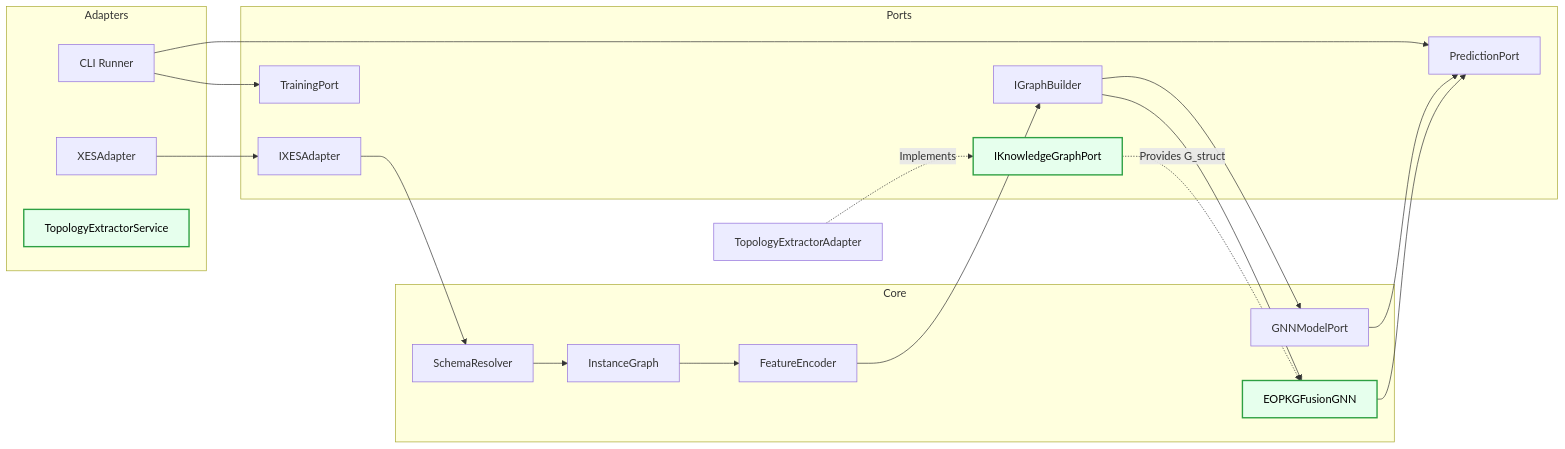
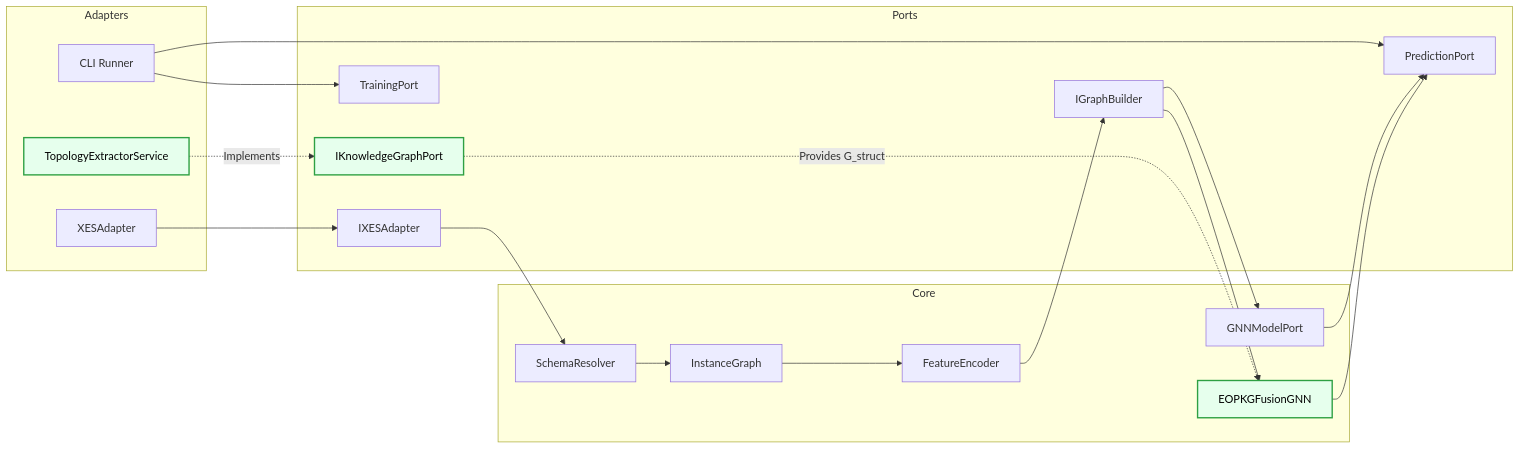
One commit to ghsrg/bpm_prediction changed the second of 5 diagrams in docs/ARCHITECTURE_MVP2.MD. Above: the diagram before and after it, drawn with Mermaid. The commit also changed other lines of this file, not shown here.

````diff
--- a/docs/ARCHITECTURE_MVP2.MD
+++ b/docs/ARCHITECTURE_MVP2.MD
@@ -90,44 +90,44 @@
 ```mermaid
 flowchart LR
     classDef mvp2 fill:#e6ffed,stroke:#2ea043,stroke-width:2px,color:#000;
 
     subgraph Core
         Resolver[SchemaResolver]
         Graph[InstanceGraph]
         Encoder[FeatureEncoder]
         Model[GNNModelPort]
         FusionModel[EOPKGFusionGNN]:::mvp2
     end
 
     subgraph Ports
         DataPort[IXESAdapter]
         TrainPort[TrainingPort]
         PredictPort[PredictionPort]
         GraphPort[IGraphBuilder]
         KGPort[IKnowledgeGraphPort]:::mvp2
     end
 
     subgraph Adapters
         XESAdapter[XESAdapter]
         CLIAdapter[CLI Runner]
         TopologyExtractorService[TopologyExtractorService]:::mvp2
     end
 
     XESAdapter --> DataPort
     CLIAdapter --> TrainPort
     CLIAdapter --> PredictPort
 
     DataPort --> Resolver
-    TopologyExtractorAdapter -.->|Implements| KGPort
+    TopologyExtractorService -.->|Implements| KGPort
     
     Resolver --> Graph
     Graph --> Encoder
     Encoder --> GraphPort
     GraphPort --> Model
     GraphPort --> FusionModel
     
     KGPort -.->|Provides G_struct| FusionModel
     
     Model --> PredictPort
     FusionModel --> PredictPort
 ```
````
